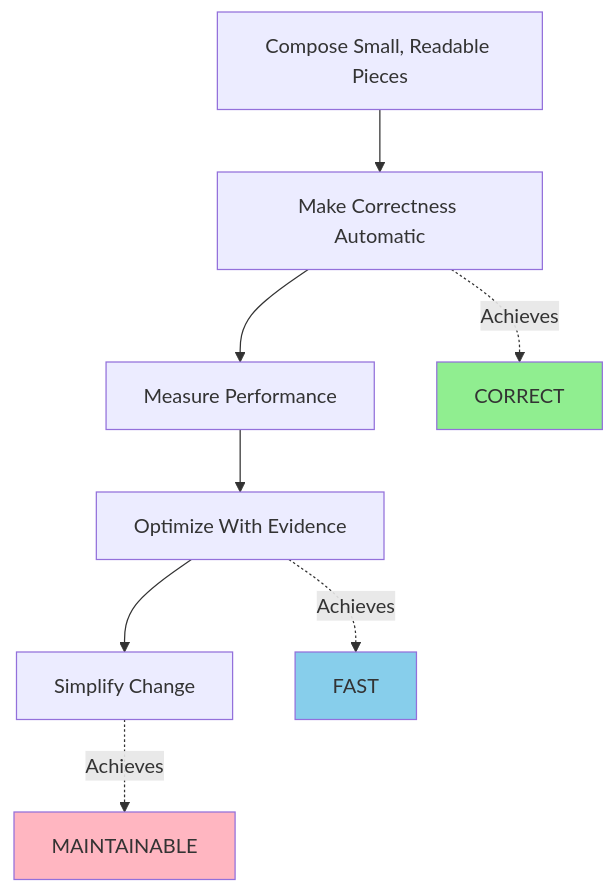
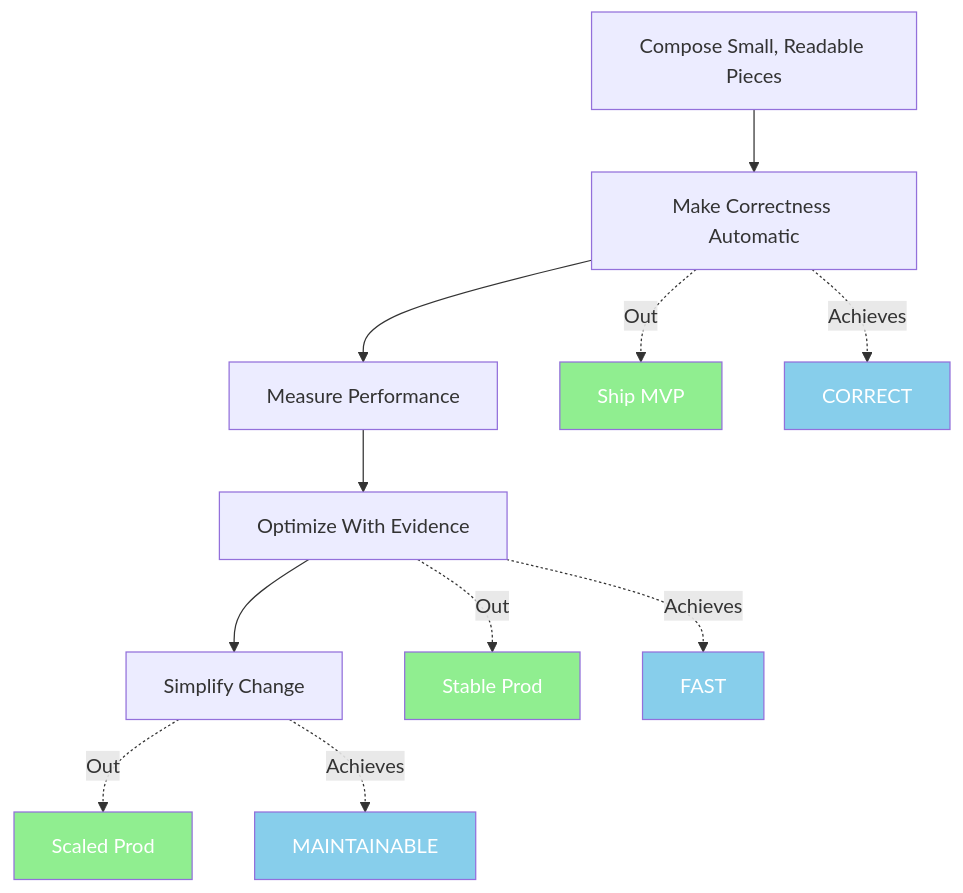
One commit to manoj-malviya-96/manoj-malviya-96 changed the diagram in learn/philosophy.md. Above: the diagram before and after it, drawn with Mermaid. The commit also changed other lines of this file, not shown here.

Commit message:
Update rules to steps and improve clarity (#6)

````diff
--- a/learn/philosophy.md
+++ b/learn/philosophy.md
@@ -60,15 +61,29 @@
 ```mermaid
 graph TD
     A[Compose Small, Readable Pieces] --> B[Make Correctness Automatic]
     B --> C[Measure Performance]
     C --> D[Optimize With Evidence]
     D --> E[Simplify Change]
+
+    B -.->|Out| I[Ship MVP]
+    D -.->|Out| J[Stable Prod]
+    E -.->|Out| K[Scaled Prod]
+
+    style I fill:#90EE90
+    style I color:#FFFFFF
+    style J fill:#90EE90
+    style J color:#FFFFFF
+    style K fill:#90EE90
+    style K color:#FFFFFF
     
     B -.->|Achieves| F[CORRECT]
     D -.->|Achieves| G[FAST]
     E -.->|Achieves| H[MAINTAINABLE]
     
-    style F fill:#90EE90
+    style F fill:#87CEEB
+    style F color:#FFFFFF
     style G fill:#87CEEB
-    style H fill:#FFB6C1
+    style G color:#FFFFFF
+    style H fill:#87CEEB
+    style H color:#FFFFFF
 ```
````
